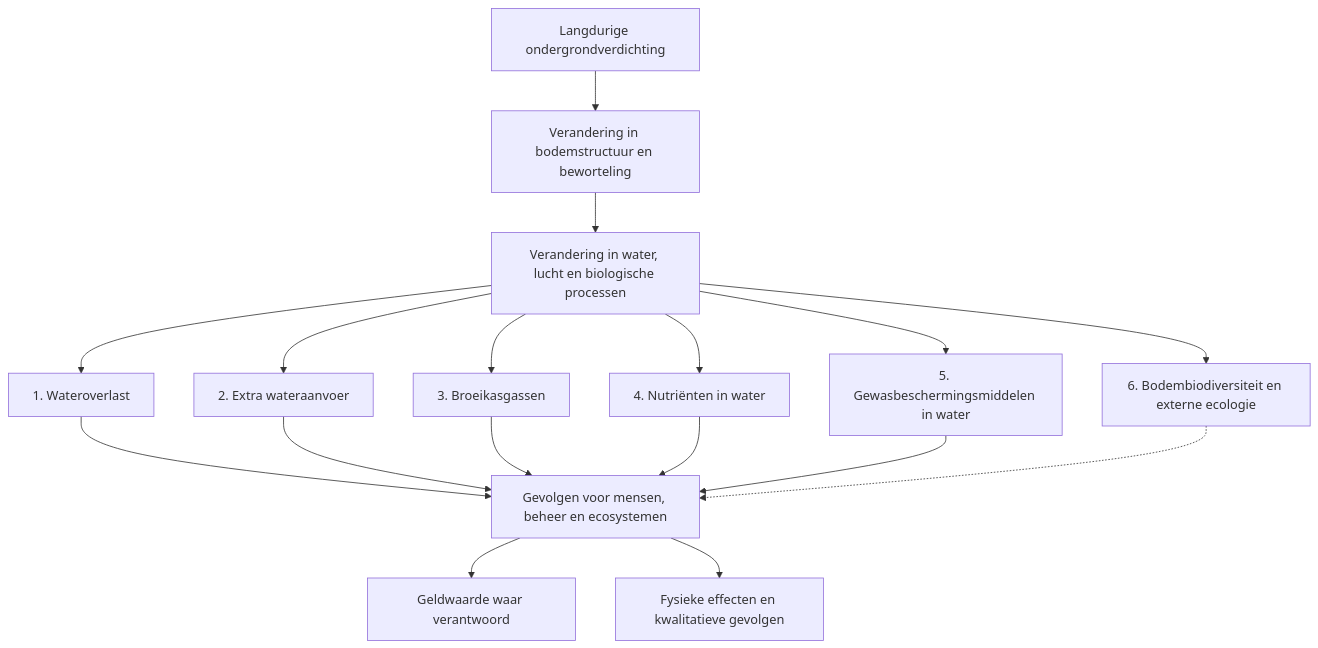
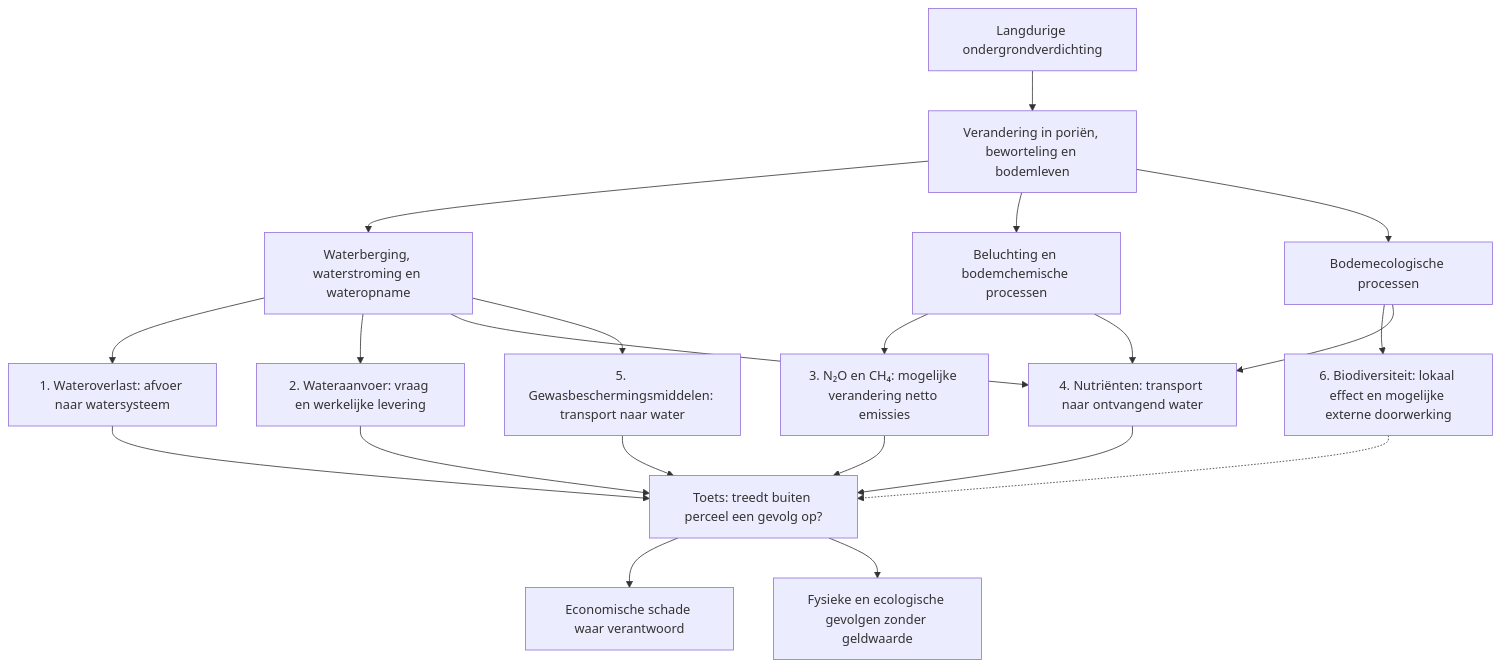
One commit to abhedwig-cell/Bodemverdichting_kosten changed the diagram in docs/76_reviewpakket_expertgroep_offsite_v0_1.md. Above: the diagram before and after it, drawn with Mermaid. The commit also changed other lines of this file, not shown here.

Commit message:
Make expert overview diagram process-specific and add concise review instructions

````diff
--- a/docs/76_reviewpakket_expertgroep_offsite_v0_1.md
+++ b/docs/76_reviewpakket_expertgroep_offsite_v0_1.md
@@ -15,19 +15,23 @@
 ```mermaid
 flowchart TD
-    A[Langdurige ondergrondverdichting] --> B[Verandering in bodemstructuur en beworteling]
-    B --> C[Verandering in water, lucht en biologische processen]
-    C --> D1[1. Wateroverlast]
-    C --> D2[2. Extra wateraanvoer]
-    C --> D3[3. Broeikasgassen]
-    C --> D4[4. Nutriënten in water]
-    C --> D5[5. Gewasbeschermingsmiddelen in water]
-    C --> D6[6. Bodembiodiversiteit en externe ecologie]
-    D1 --> E[Gevolgen voor mensen, beheer en ecosystemen]
-    D2 --> E
-    D3 --> E
-    D4 --> E
-    D5 --> E
-    D6 -.-> E
-    E --> F[Geldwaarde waar verantwoord]
-    E --> G[Fysieke effecten en kwalitatieve gevolgen]
+    A[Langdurige ondergrondverdichting] --> B[Verandering in poriën, beworteling en bodemleven]
+    B --> W[Waterberging, waterstroming en wateropname]
+    B --> L[Beluchting en bodemchemische processen]
+    B --> E[Bodemecologische processen]
+    W --> R1[1. Wateroverlast: afvoer naar watersysteem]
+    W --> R2[2. Wateraanvoer: vraag en werkelijke levering]
+    W --> R4[4. Nutriënten: transport naar ontvangend water]
+    W --> R5[5. Gewasbeschermingsmiddelen: transport naar water]
+    L --> R3[3. N₂O en CH₄: mogelijke verandering netto emissies]
+    L --> R4
+    E --> R6[6. Biodiversiteit: lokaal effect en mogelijke externe doorwerking]
+    E --> R4
+    R1 --> O[Toets: treedt buiten perceel een gevolg op?]
+    R2 --> O
+    R3 --> O
+    R4 --> O
+    R5 --> O
+    R6 -.-> O
+    O --> M[Economische schade waar verantwoord]
+    O --> N[Fysieke en ecologische gevolgen zonder geldwaarde]
 ```
````
